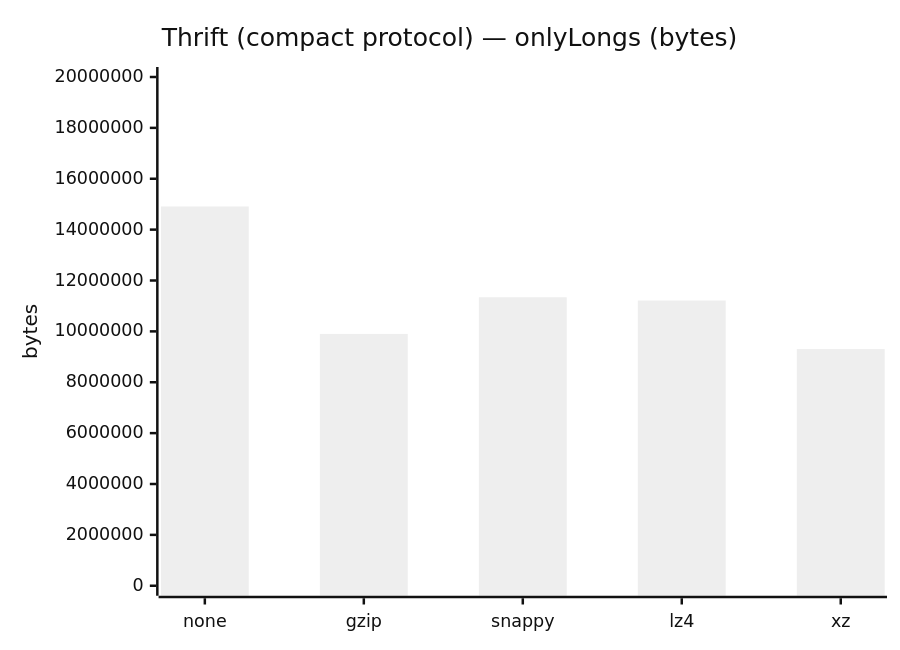
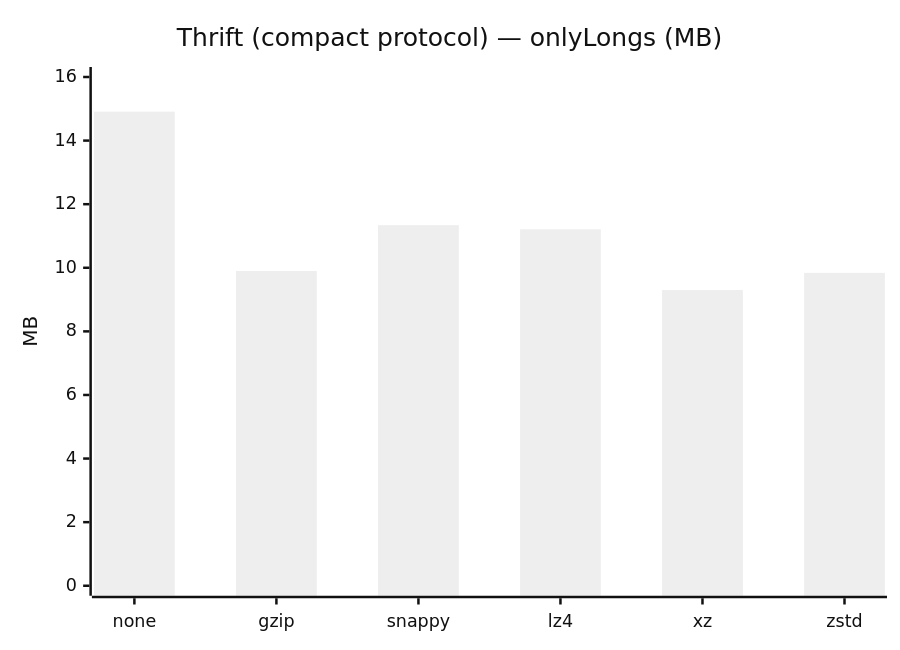
Diagram 14 of 33 in results/2026/file-sizes.md (nryanov/SerializationBenchmark), drawn with Mermaid (neutral theme) before and after one commit. The commit also changed other lines of this file, not shown here.

Commit message:
doc: update file size charts

````diff
--- a/results/2026/file-sizes.md
+++ b/results/2026/file-sizes.md
@@ -191,8 +191,8 @@
 ```mermaid
-%%{init: {"config": {"xyChart": {"width": 525, "height": 360}}}}%%
+%%{init: {"config": {"xyChart": {"width": 610, "height": 360}}}}%%
 xychart-beta
-    title "Thrift (compact protocol) — onlyLongs (bytes)"
-    x-axis ["none", "gzip", "snappy", "lz4", "xz"]
-    y-axis "bytes" 0 --> 20000000
-    bar [14909184, 9900293, 11341566, 11213188, 9303548]
+    title "Thrift (compact protocol) — onlyLongs (MB)"
+    x-axis ["none", "gzip", "snappy", "lz4", "xz", "zstd"]
+    y-axis "MB" 0 --> 16
+    bar [14.91, 9.9, 11.34, 11.21, 9.3, 9.84]
 ```
````
